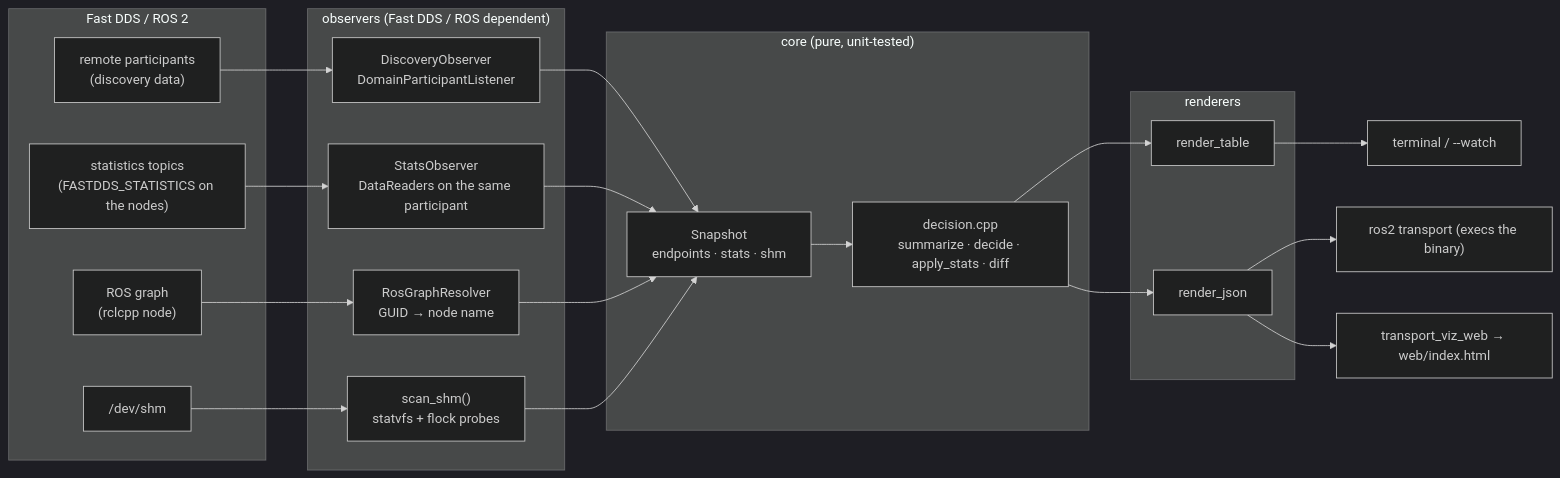
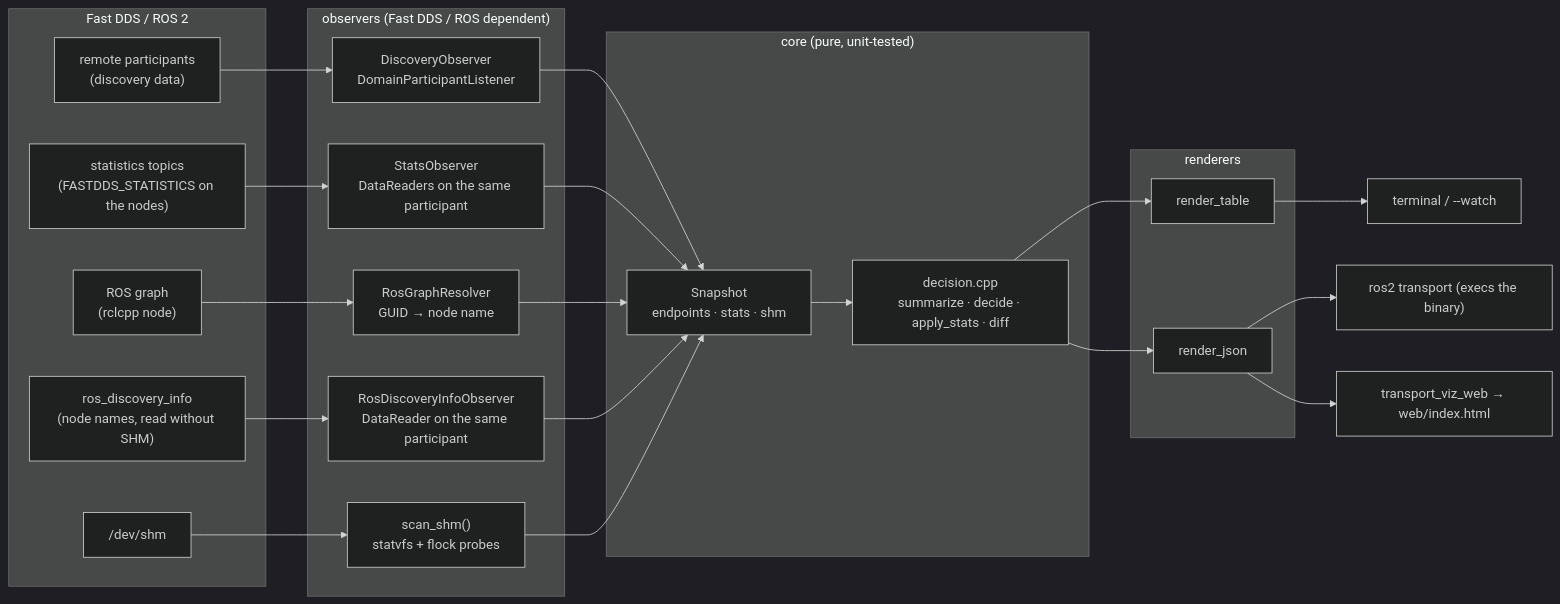
One commit to atinfinity/fastdds_transport_viz changed the first of 3 diagrams in docs/architecture.md. Above: the diagram before and after it, drawn with Mermaid (dark theme). The commit also changed other lines of this file and 25 other files, not shown here.

First line of the commit message:
Read ros_discovery_info without SHM for node names

````diff
--- a/docs/architecture.md
+++ b/docs/architecture.md
@@ -8,31 +8,34 @@
 ```mermaid
 flowchart LR
     subgraph inputs["Fast DDS / ROS 2"]
         DDS["remote participants<br/>(discovery data)"]
         STATS["statistics topics<br/>(FASTDDS_STATISTICS on the nodes)"]
         GRAPH["ROS graph<br/>(rclcpp node)"]
+        DINFO["ros_discovery_info<br/>(node names, read without SHM)"]
         SHM["/dev/shm"]
     end
     subgraph observe["observers (Fast DDS / ROS dependent)"]
         DO["DiscoveryObserver<br/>DomainParticipantListener"]
         SO["StatsObserver<br/>DataReaders on the same participant"]
         RR["RosGraphResolver<br/>GUID → node name"]
+        RD["RosDiscoveryInfoObserver<br/>DataReader on the same participant"]
         SI["scan_shm()<br/>statvfs + flock probes"]
     end
     subgraph core["core (pure, unit-tested)"]
         SNAP["Snapshot<br/>endpoints · stats · shm"]
         DEC["decision.cpp<br/>summarize · decide · apply_stats · diff"]
     end
     subgraph render["renderers"]
         RT["render_table"]
         RJ["render_json"]
     end
     DDS --> DO --> SNAP
     STATS --> SO --> SNAP
     GRAPH --> RR --> SNAP
+    DINFO --> RD --> SNAP
     SHM --> SI --> SNAP
     SNAP --> DEC --> RT & RJ
     RT --> TTY["terminal / --watch"]
     RJ --> CLI["ros2 transport (execs the binary)"]
     RJ --> WEB["transport_viz_web → web/index.html"]
 ```
````
